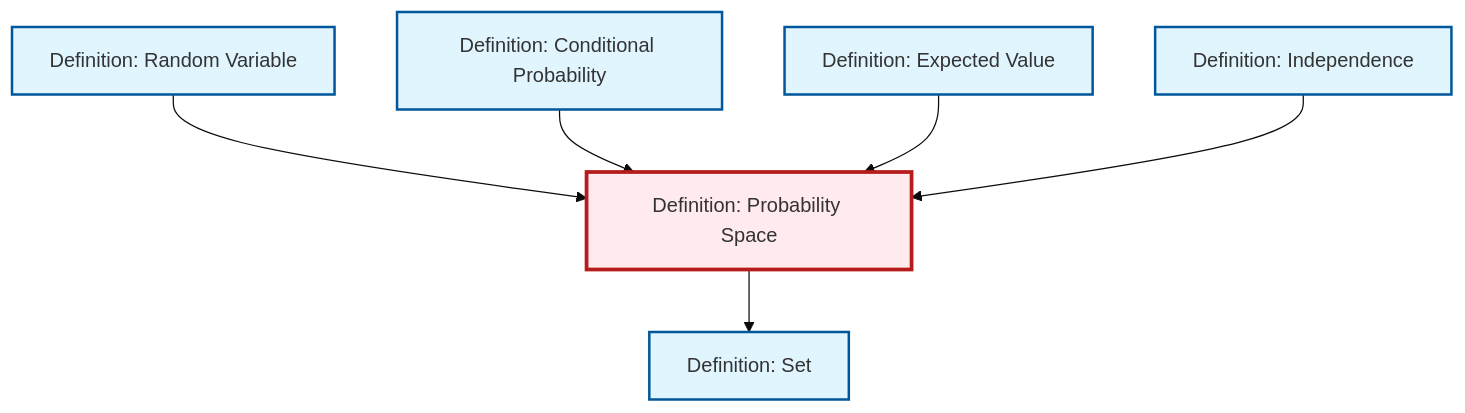
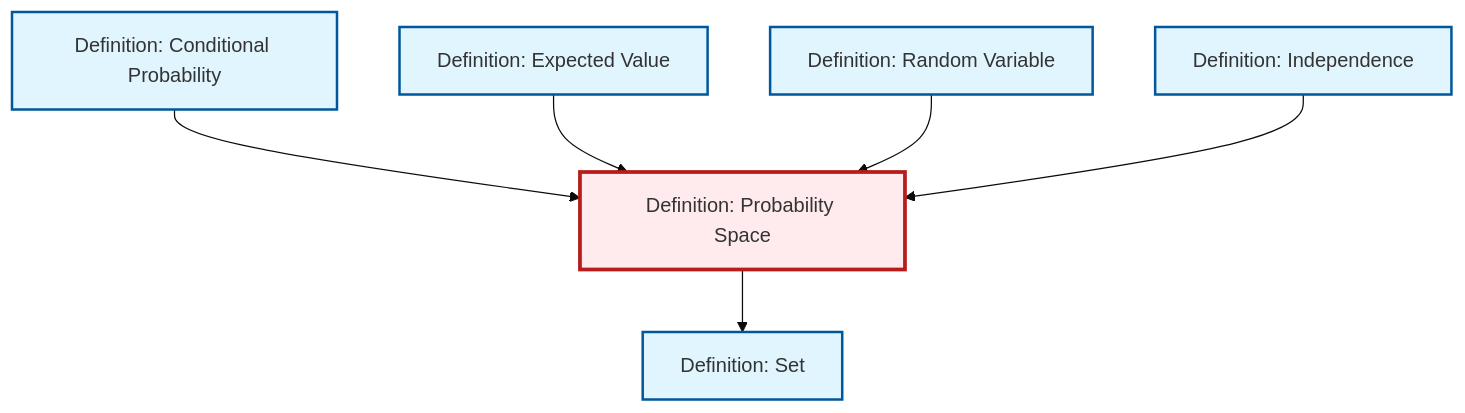
One commit to RK0429/ModernMath changed the diagram in content/en/probability-statistics/def-probability-space.qmd. Above: the diagram before and after it, drawn with Mermaid (base theme). The commit also changed other lines of this file and 619 other files, not shown here.

````diff
--- a/content/en/probability-statistics/def-probability-space.qmd
+++ b/content/en/probability-statistics/def-probability-space.qmd
@@ -46,26 +46,26 @@
 ```{mermaid}
 %%| fig-cap: "Local dependency graph"
 graph TD
     classDef definition fill:#e1f5fe,stroke:#01579b,stroke-width:2px
     classDef theorem fill:#f3e5f5,stroke:#4a148c,stroke-width:2px
     classDef axiom fill:#fff3e0,stroke:#e65100,stroke-width:2px
     classDef example fill:#e8f5e9,stroke:#1b5e20,stroke-width:2px
     classDef current fill:#ffebee,stroke:#b71c1c,stroke-width:3px
+    def-set["Definition: Set"]:::definition
+    def-expectation["Definition: Expected Value"]:::definition
     def-probability-space["Definition: Probability Space"]:::definition
-    def-expectation["Definition: Expected Value"]:::definition
-    def-conditional-probability["Definition: Conditional Probability"]:::definition
-    def-set["Definition: Set"]:::definition
     def-random-variable["Definition: Random Variable"]:::definition
     def-independence["Definition: Independence"]:::definition
-    def-random-variable --> def-probability-space
+    def-conditional-probability["Definition: Conditional Probability"]:::definition
     def-conditional-probability --> def-probability-space
     def-probability-space --> def-set
     def-expectation --> def-probability-space
+    def-random-variable --> def-probability-space
     def-independence --> def-probability-space
     class def-probability-space current
+    click def-set "def-set.html" "Go to Set definition"
     click def-expectation "def-expectation.html" "Go to Expected Value definition"
-    click def-conditional-probability "def-conditional-probability.html" "Go to Conditional Probability definition"
-    click def-set "def-set.html" "Go to Set definition"
     click def-random-variable "def-random-variable.html" "Go to Random Variable definition"
     click def-independence "def-independence.html" "Go to Independence definition"
+    click def-conditional-probability "def-conditional-probability.html" "Go to Conditional Probability definition"
 ```
````
